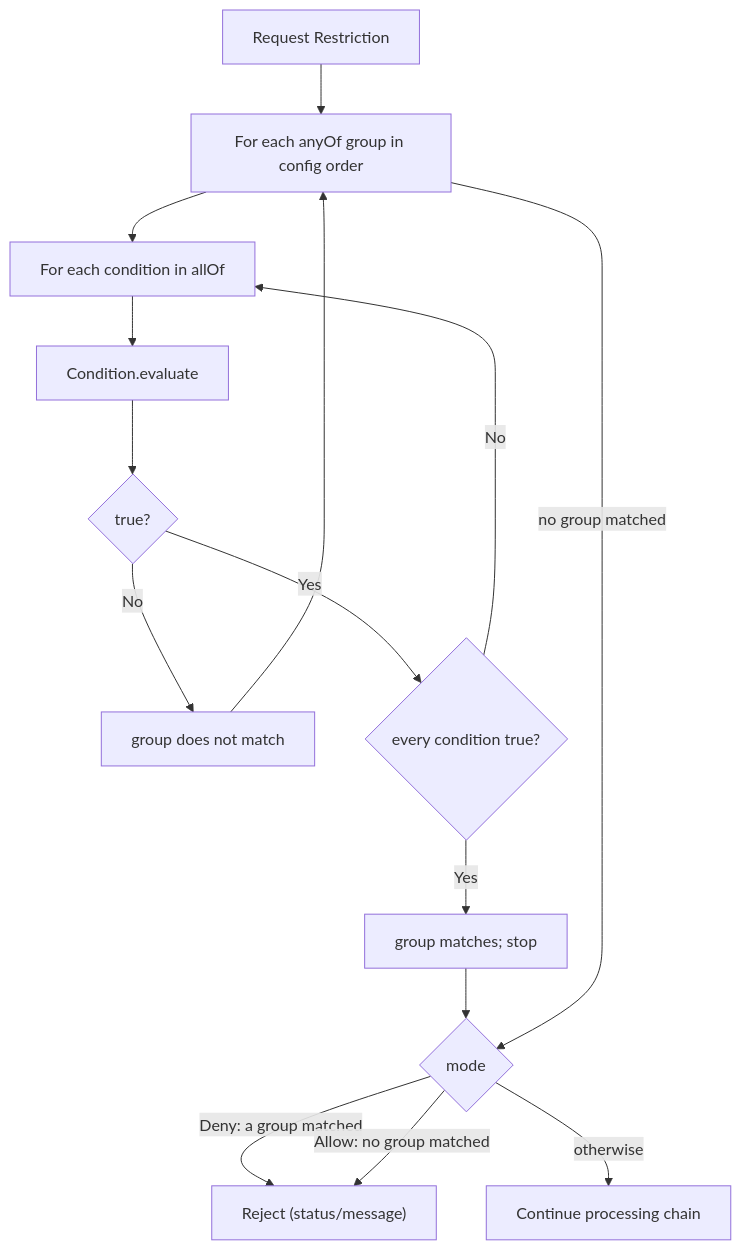
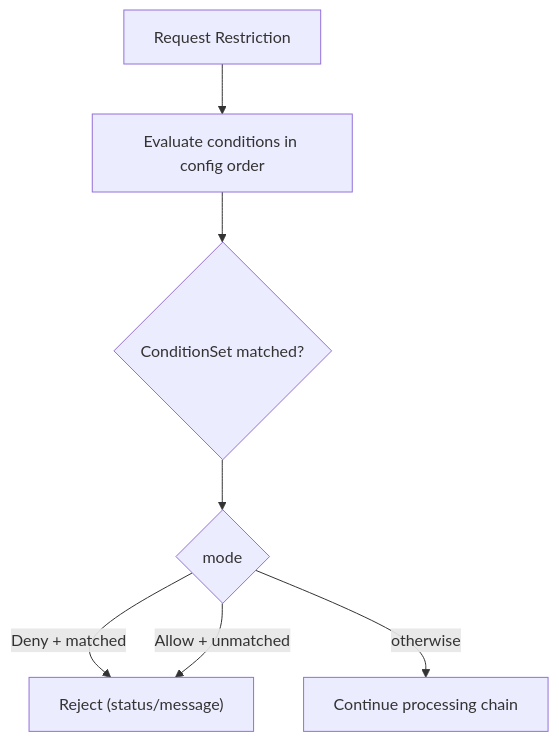
Before and after one commit to Pandaala/Edgion: the diagram in docs/en/user-guide/http-route/filters/edgion-plugins/request-restriction.md, drawn with Mermaid. The commit also changed other lines of this file and 102 other files, not shown here.

````diff
--- a/docs/en/user-guide/http-route/filters/edgion-plugins/request-restriction.md
+++ b/docs/en/user-guide/http-route/filters/edgion-plugins/request-restriction.md
@@ -129,17 +140,9 @@
 ```mermaid
 flowchart TD
-    A["Request Restriction"] --> B["For each anyOf group in config order"]
-    B --> C["For each condition in allOf"]
-    C --> D["Condition.evaluate"]
-    D --> E{"true?"}
-    E -->|No| N["group does not match"]
-    E -->|Yes| H{"every condition true?"}
-    H -->|Yes| M["group matches; stop"]
-    H -->|No| C
-    N --> B
-    M --> J{"mode"}
-    B -->|no group matched| J
-    J -->|"Deny: a group matched"| K["Reject (status/message)"]
-    J -->|"Allow: no group matched"| K
+    A["Request Restriction"] --> B["Evaluate conditions in config order"]
+    B --> C{"ConditionSet matched?"}
+    C --> J{"mode"}
+    J -->|"Deny + matched"| K["Reject (status/message)"]
+    J -->|"Allow + unmatched"| K
     J -->|otherwise| L["Continue processing chain"]
 ```
````
